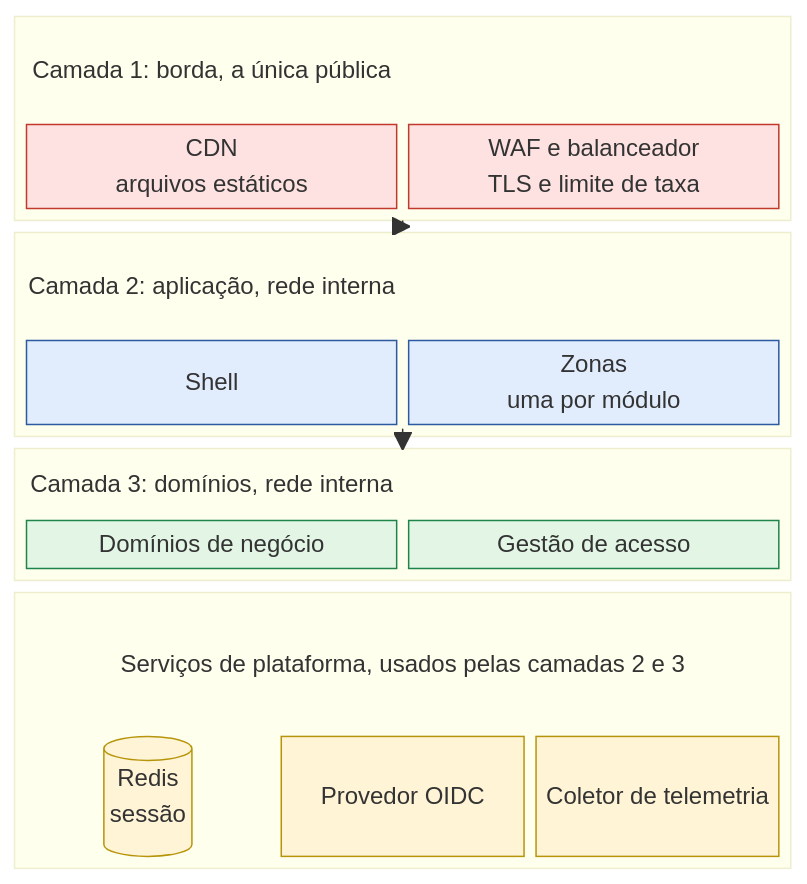
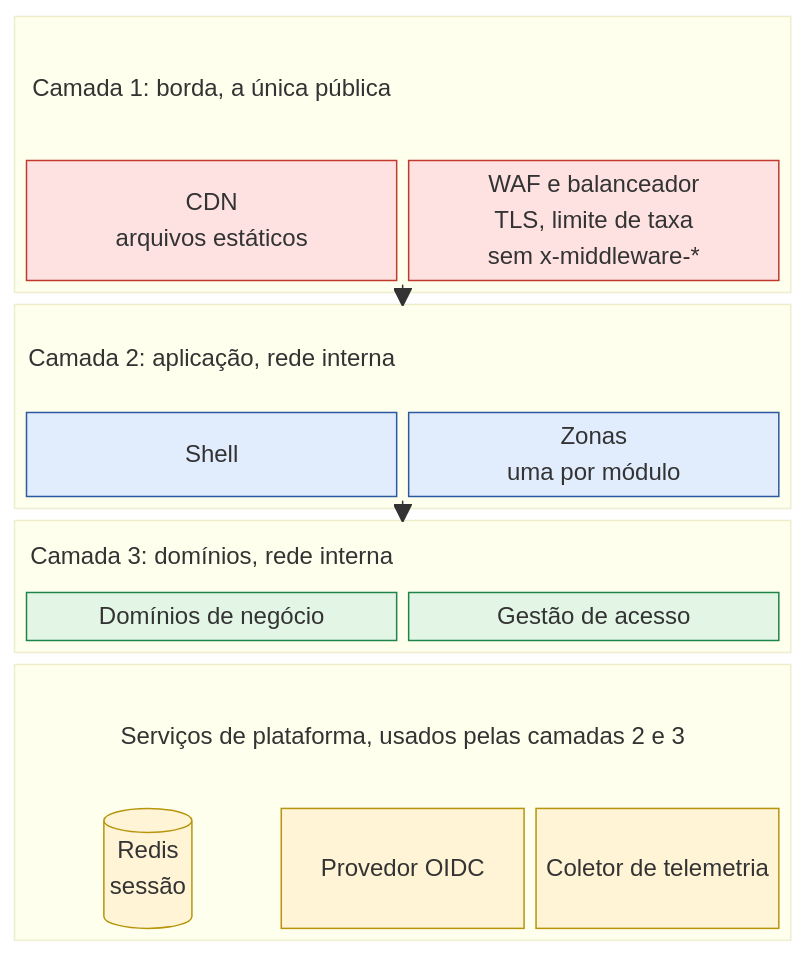
The first of 4 diagrams in docs/arquitetura/infraestrutura-alvo.md (ArtroxGabriel/nextjs-mfe), drawn with Mermaid before and after one commit. The commit also changed other lines of this file and 14 other files, not shown here.

Commit message:
docs: C3 rules and documents (N8 reason, AGENTS invariant 4, live zone map in config, operation, zones, architecture, ADR-0015 notes and addendum, ADR-0008/0011/0014, D7 closed, D31 limits)

````diff
--- a/docs/arquitetura/infraestrutura-alvo.md
+++ b/docs/arquitetura/infraestrutura-alvo.md
@@ -23,36 +23,36 @@
 ```mermaid
 block-beta
   columns 3
   block:BORDA:3
     columns 2
     T1["Camada 1: borda, a única pública"]:2
-    CDN["CDN<br/>arquivos estáticos"] LB["WAF e balanceador<br/>TLS e limite de taxa"]
+    CDN["CDN<br/>arquivos estáticos"] LB["WAF e balanceador<br/>TLS, limite de taxa<br/>sem x-middleware-*"]
   end
   block:APP:3
     columns 2
     T2["Camada 2: aplicação, rede interna"]:2
     SH["Shell"] ZN["Zonas<br/>uma por módulo"]
   end
   block:DOM:3
     columns 2
     T3["Camada 3: domínios, rede interna"]:2
     DN["Domínios de negócio"] GA["Gestão de acesso"]
   end
   block:PLAT:3
     columns 3
     T4["Serviços de plataforma, usados pelas camadas 2 e 3"]:3
     RD[("Redis<br/>sessão")] ID["Provedor OIDC"] OT["Coletor de telemetria"]
   end
   BORDA --> APP
   APP --> DOM
   classDef borda fill:#fde2e1,stroke:#c0392b,color:#000
   classDef app fill:#e1ecfd,stroke:#2c5aa0,color:#000
   classDef dom fill:#e3f6e5,stroke:#1e8449,color:#000
   classDef plat fill:#fff4d6,stroke:#b7950b,color:#000
   classDef titulo fill:none,stroke:none,color:#000
   class CDN,LB borda
   class SH,ZN app
   class DN,GA dom
   class RD,ID,OT plat
   class T1,T2,T3,T4 titulo
 ```
````
